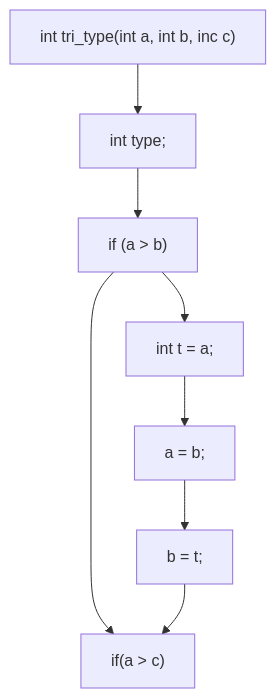
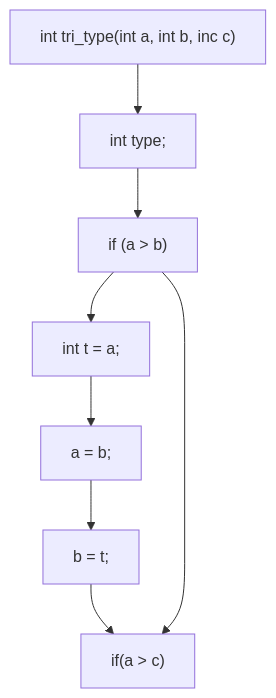
The second of 2 diagrams in README.md (hajer78945/eng5), drawn with Mermaid before and after one commit. The commit also changed other lines of this file, not shown here.

````diff
--- a/README.md
+++ b/README.md
@@ -203,12 +203,12 @@
 ```mermaid
 graph TD;
 id1["int tri_type(int a, int b, inc c)"]
 id2["int type;"]
 id1 --> id2;
 id3["if (a > b)"]
 id2 --> id3;
 id4["if(a > c)"]
+id3 --> id5["int t = a;"] --> id6["a = b;"] --> id7["b = t;"] --> id4
 id3 --> id4;
-id3 --> id5["int t = a;"] --> id6["a = b;"] --> id7["b = t;"] --> id4
 
 ```
````
